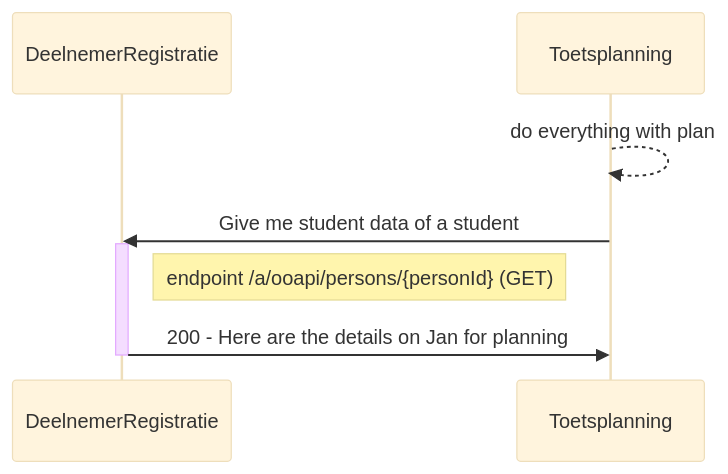
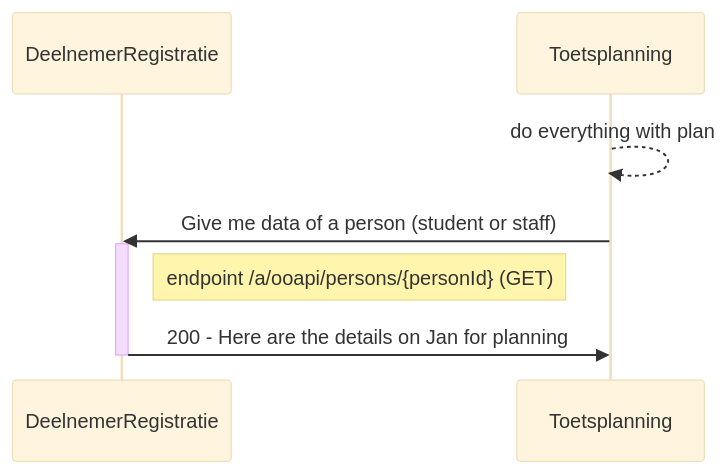
One commit to NetwerkExamineringDigitalisering/NED-OOAPI changed the seventh of 7 diagrams in doc/flow1.md. Above: the diagram before and after it, drawn with Mermaid (base theme). The commit also changed other lines of this file, not shown here.

First line of the commit message:
Update flow1.md

````diff
--- a/doc/flow1.md
+++ b/doc/flow1.md
@@ -343,12 +343,12 @@
 ```mermaid
 
 sequenceDiagram
     participant DeelnemerRegistratie
     participant Toetsplanning
     Toetsplanning-->>Toetsplanning: do everything with plan
-    Toetsplanning->>DeelnemerRegistratie : Give me student data of a student 
+    Toetsplanning->>DeelnemerRegistratie : Give me data of a person (student or staff) 
     activate DeelnemerRegistratie
     Note right of DeelnemerRegistratie: endpoint /a/ooapi/persons/{personId} (GET)
     DeelnemerRegistratie->>Toetsplanning : 200 - Here are the details on Jan for planning
     deactivate DeelnemerRegistratie
 ```
````
